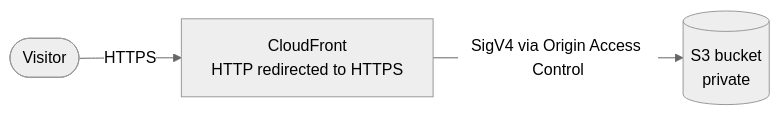
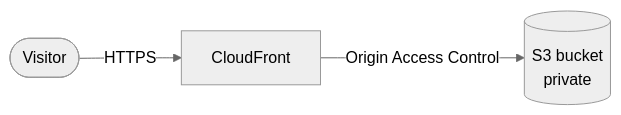
The diagram in README.md (pedrohbortolini/cloud-resume-site), drawn with Mermaid (neutral theme) before and after one commit. The commit also changed other lines of this file and 1 other file, not shown here.

Commit message:
docs: simplify README and architecture notes

````diff
--- a/README.md
+++ b/README.md
@@ -11,5 +9,5 @@
 ```mermaid
 flowchart LR
-    visitor(["Visitor"]) -- "HTTPS" --> cf["CloudFront<br/>HTTP redirected to HTTPS"]
-    cf -- "SigV4 via Origin Access Control" --> s3[("S3 bucket<br/>private")]
+    visitor(["Visitor"]) -- "HTTPS" --> cf["CloudFront"]
+    cf -- "Origin Access Control" --> s3[("S3 bucket<br/>private")]
 ```
````
